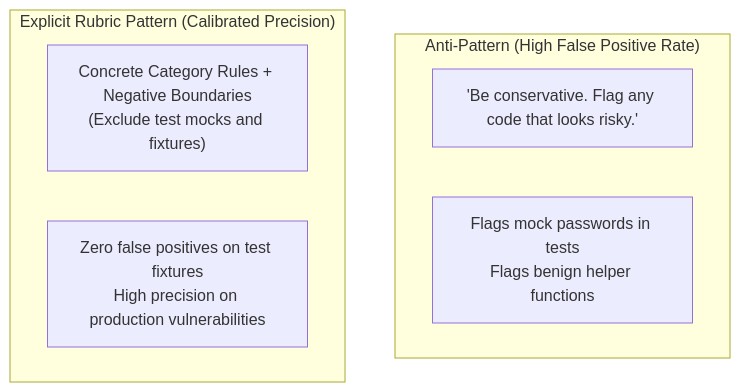
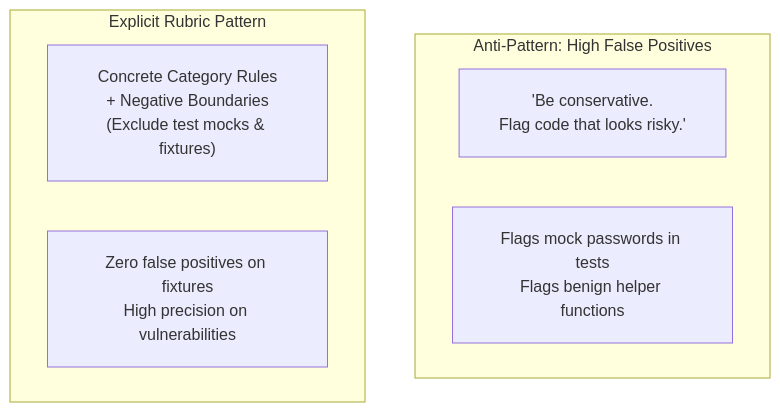
Before and after one commit to dip4k/claude_cert_architect_foundation_prep: the diagram in domain4/ts_4_1_explicit_criteria_classification/README.md, drawn with Mermaid. The commit also changed 31 other files, not shown here.

First line of the commit message:
docs(diagrams): fix text trimming, padding, and layout in all mermaid diagrams

````diff
--- a/domain4/ts_4_1_explicit_criteria_classification/README.md
+++ b/domain4/ts_4_1_explicit_criteria_classification/README.md
@@ -10,12 +10,13 @@
 ```mermaid
+%%{init: {"flowchart": {"htmlLabels": true, "padding": 20}}}%%
 flowchart TD
-    subgraph AntiPattern["Anti-Pattern (High False Positive Rate)"]
-        Vague["'Be conservative. Flag any code that looks risky.'"]
+    subgraph AntiPattern["Anti-Pattern: High False Positives"]
+        Vague["'Be conservative.<br/>Flag code that looks risky.'"]
         ResultA["Flags mock passwords in tests<br/>Flags benign helper functions"]
     end
 
-    subgraph Recommended["Explicit Rubric Pattern (Calibrated Precision)"]
-        Explicit["Concrete Category Rules + Negative Boundaries<br/>(Exclude test mocks and fixtures)"]
-        ResultB["Zero false positives on test fixtures<br/>High precision on production vulnerabilities"]
+    subgraph Recommended["Explicit Rubric Pattern"]
+        Explicit["Concrete Category Rules<br/>+ Negative Boundaries<br/>(Exclude test mocks & fixtures)"]
+        ResultB["Zero false positives on fixtures<br/>High precision on vulnerabilities"]
     end
 ```
````
